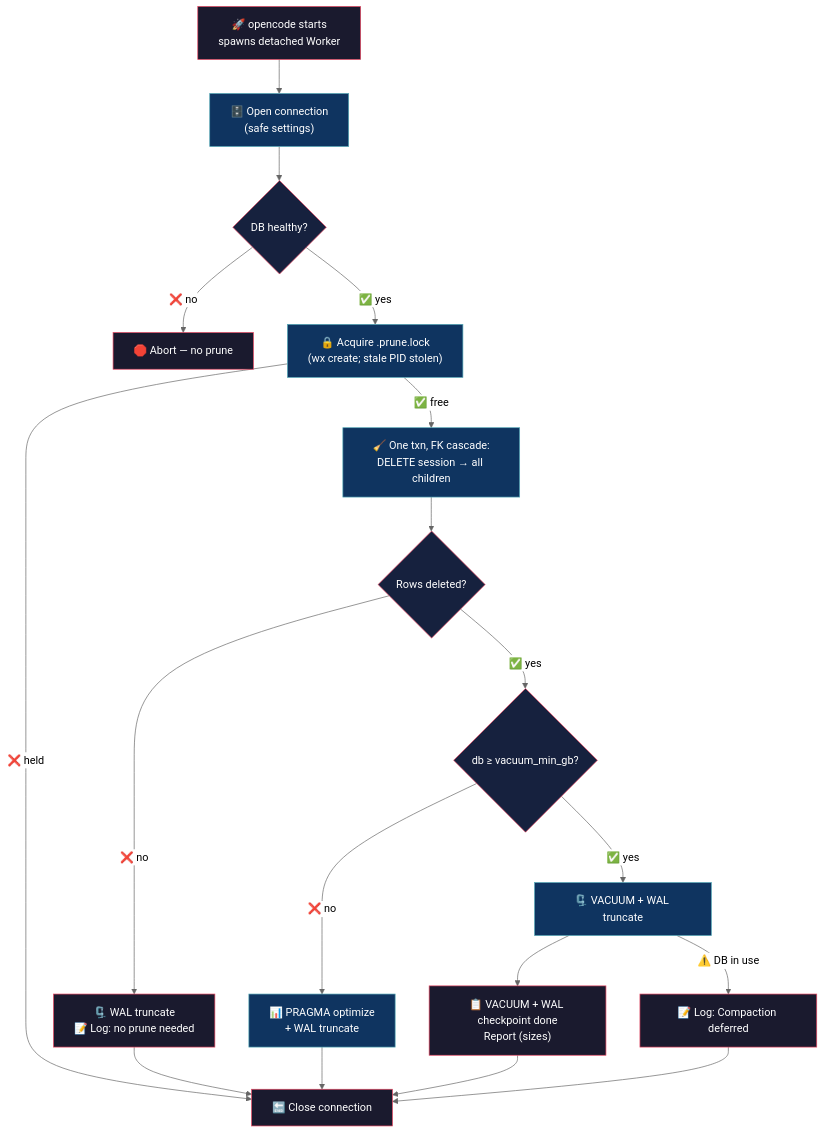
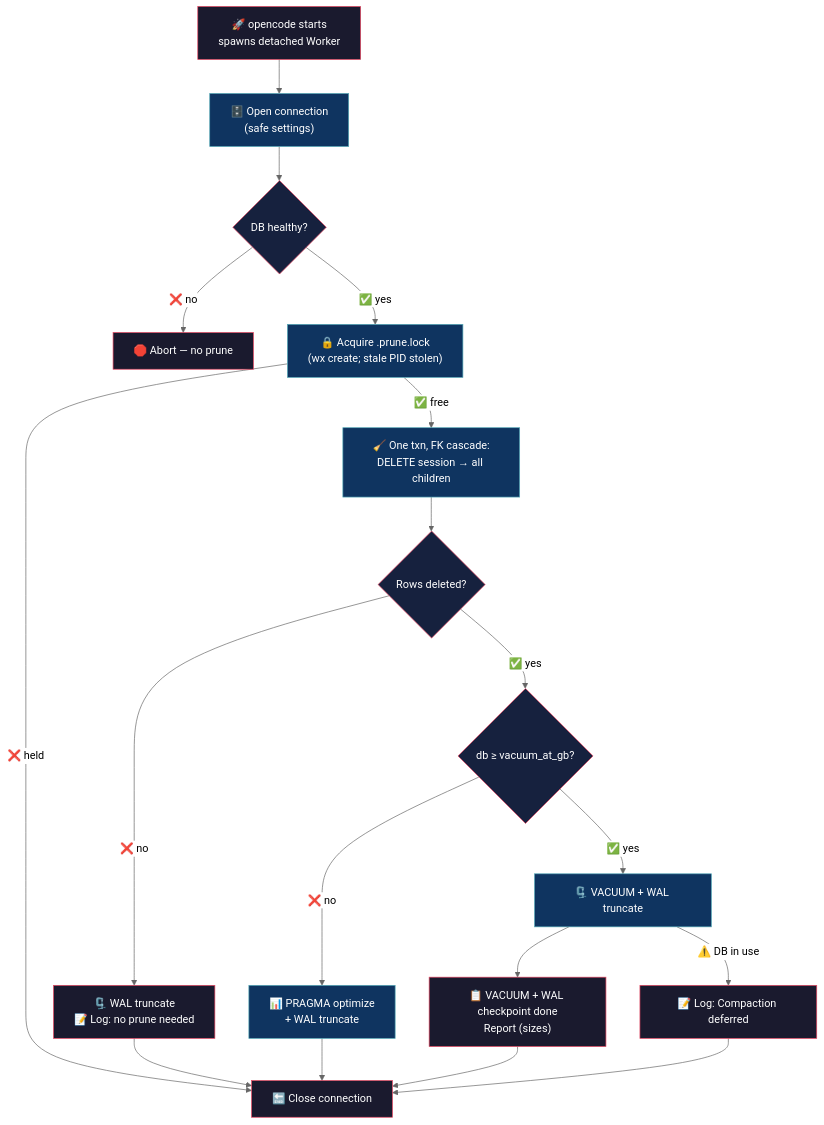
One commit to alejo54dev/opencode-db-prunetor changed the diagram in README.md. Above: the diagram before and after it, drawn with Mermaid (neutral theme). The commit also changed other lines of this file and 2 other files, not shown here.

Commit message:
Rename config keys: data_keep_days, vacuum_at_gb, store_path (v1.1.30)

````diff
--- a/README.md
+++ b/README.md
@@ -31,36 +31,36 @@
 ```mermaid
 flowchart TD
     A["🚀 opencode starts<br/>spawns detached Worker"]
     A --> B["🗄️ Open connection<br/>(safe settings)"]
     B --> C{"DB healthy?"}
     C -->|"❌ no"| Z["🛑 Abort — no prune"]
     C -->|"✅ yes"| L["🔒 Acquire .prune.lock<br/>(wx create; stale PID stolen)"]
     L -->|"❌ held"| K
     L -->|"✅ free"| G["🧹 One txn, FK cascade:<br/>DELETE session → all children"]
     G --> E{"Rows deleted?"}
     E -->|"❌ no"| R["🗜️ WAL truncate<br/>📝 Log: no prune needed"]
     R --> K
-    E -->|"✅ yes"| H{"db ≥ vacuum_min_gb?"}
+    E -->|"✅ yes"| H{"db ≥ vacuum_at_gb?"}
     H -->|"❌ no"| O["📊 PRAGMA optimize<br/>+ WAL truncate"]
     H -->|"✅ yes"| M["🗜️ VACUUM + WAL truncate"]
     M --> J["📋 VACUUM + WAL checkpoint done<br/>Report (sizes)"]
     M -->|"⚠️ DB in use"| D["📝 Log: Compaction deferred"]
     O --> K
     J --> K["🔚 Close connection"]
     D --> K
 
     style A fill:#1a1a2e,stroke:#e94560,color:#fff
     style B fill:#0f3460,stroke:#53a8b6,color:#fff
     style C fill:#16213e,stroke:#e94560,color:#fff
     style E fill:#16213e,stroke:#e94560,color:#fff
     style G fill:#0f3460,stroke:#53a8b6,color:#fff
     style H fill:#16213e,stroke:#e94560,color:#fff
     style O fill:#0f3460,stroke:#53a8b6,color:#fff
     style M fill:#0f3460,stroke:#53a8b6,color:#fff
     style J fill:#1a1a2e,stroke:#e94560,color:#fff
     style D fill:#1a1a2e,stroke:#e94560,color:#fff
     style K fill:#1a1a2e,stroke:#e94560,color:#fff
     style R fill:#1a1a2e,stroke:#e94560,color:#fff
     style Z fill:#1a1a2e,stroke:#e94560,color:#fff
     style L fill:#0f3460,stroke:#53a8b6,color:#fff
 ```
````
